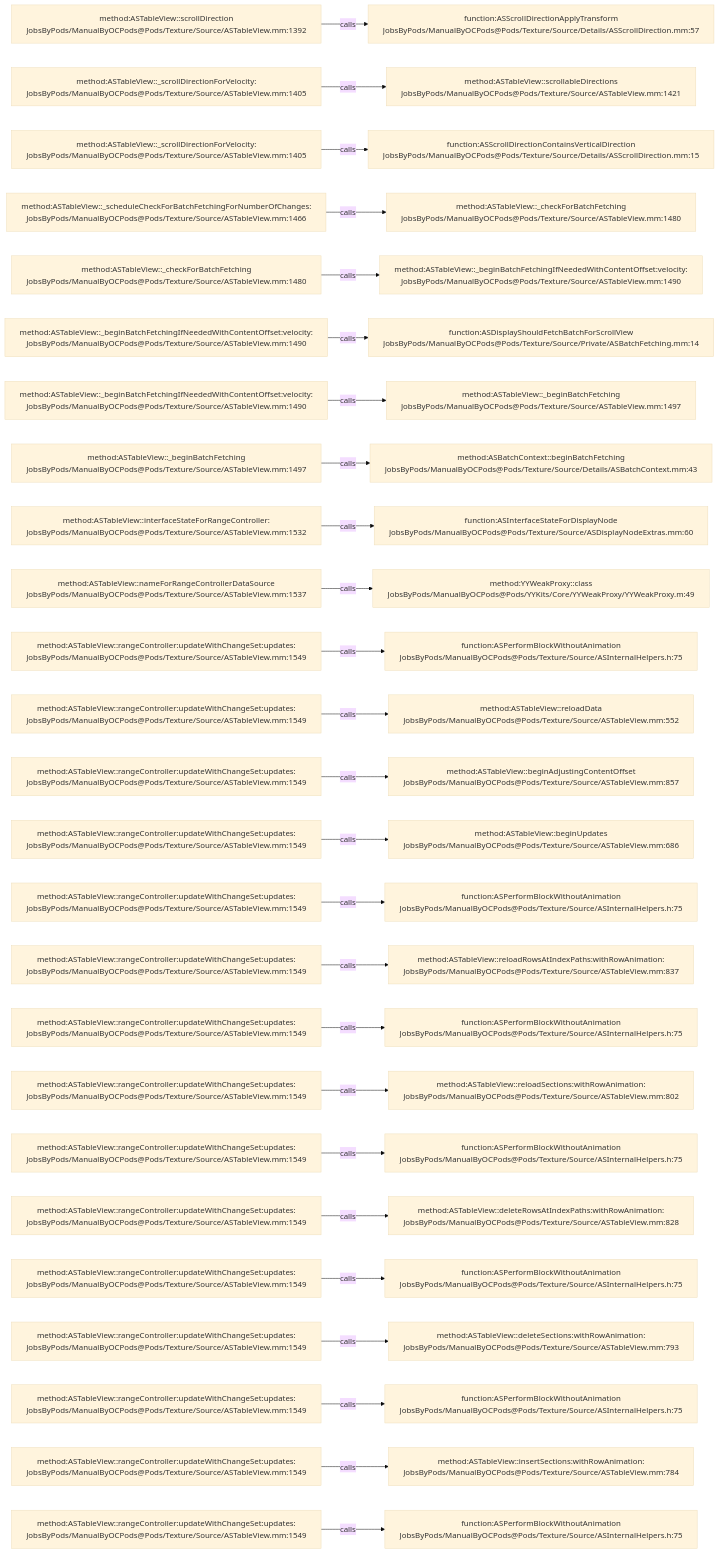
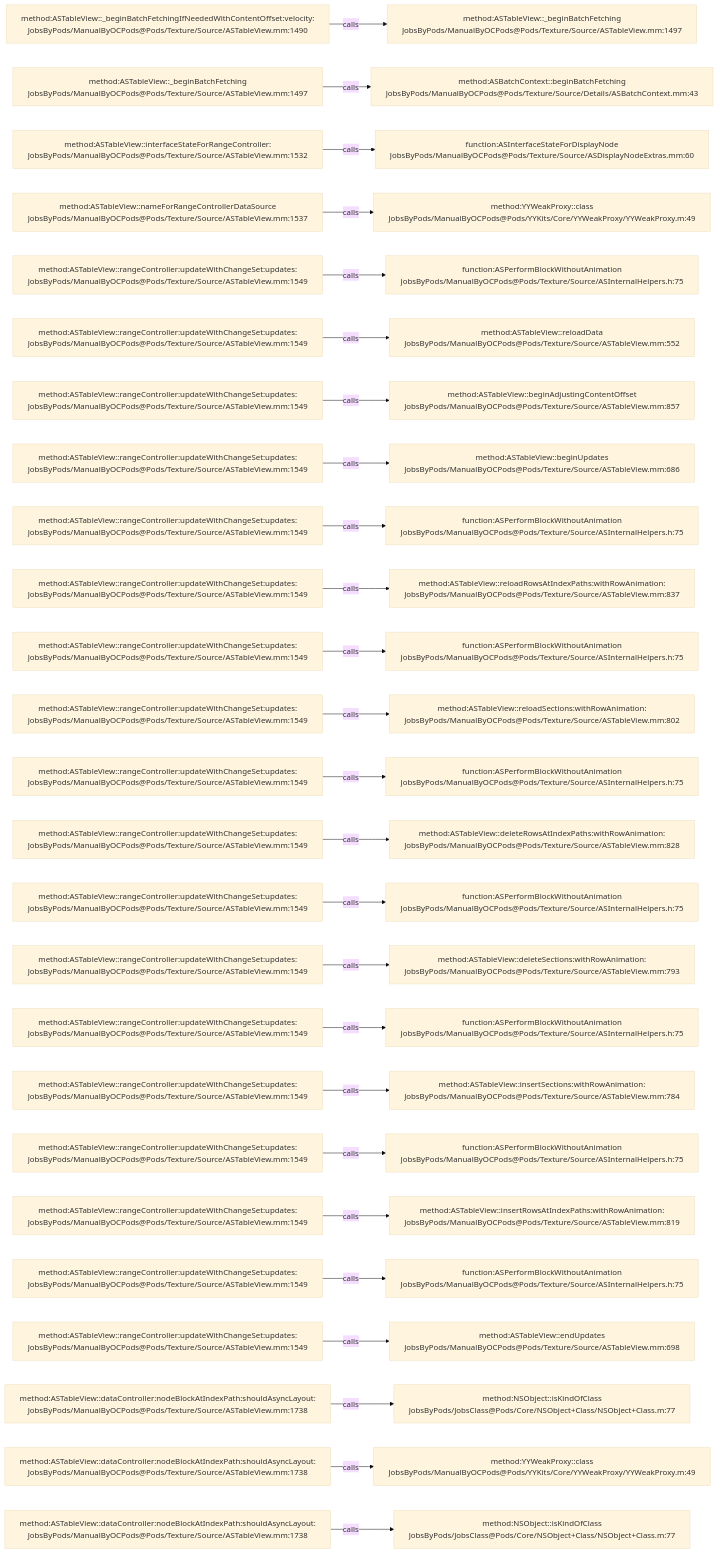
Before and after one commit to JobsKits/JobsOCBaseConfigDemo: the diagram in .codegraph/codegraph.md/graphs/calls-122.md, drawn with Mermaid (base theme). The commit also changed 666 other files, not shown here.

````diff
--- a/.codegraph/codegraph.md/graphs/calls-122.md
+++ b/.codegraph/codegraph.md/graphs/calls-122.md
@@ -13,78 +13,78 @@
 ```mermaid
 flowchart LR
-  S1["method:ASTableView::scrollDirection<br/>JobsByPods/ManualByOCPods@Pods/Texture/Source/ASTableView.mm:1392"]
-  T1["function:ASScrollDirectionApplyTransform<br/>JobsByPods/ManualByOCPods@Pods/Texture/Source/Details/ASScrollDirection.mm:57"]
+  S1["method:ASTableView::_beginBatchFetchingIfNeededWithContentOffset:velocity:<br/>JobsByPods/ManualByOCPods@Pods/Texture/Source/ASTableView.mm:1490"]
+  T1["method:ASTableView::_beginBatchFetching<br/>JobsByPods/ManualByOCPods@Pods/Texture/Source/ASTableView.mm:1497"]
   S1 -->|calls| T1
-  S2["method:ASTableView::_scrollDirectionForVelocity:<br/>JobsByPods/ManualByOCPods@Pods/Texture/Source/ASTableView.mm:1405"]
-  T2["method:ASTableView::scrollableDirections<br/>JobsByPods/ManualByOCPods@Pods/Texture/Source/ASTableView.mm:1421"]
+  S2["method:ASTableView::_beginBatchFetching<br/>JobsByPods/ManualByOCPods@Pods/Texture/Source/ASTableView.mm:1497"]
+  T2["method:ASBatchContext::beginBatchFetching<br/>JobsByPods/ManualByOCPods@Pods/Texture/Source/Details/ASBatchContext.mm:43"]
   S2 -->|calls| T2
-  S3["method:ASTableView::_scrollDirectionForVelocity:<br/>JobsByPods/ManualByOCPods@Pods/Texture/Source/ASTableView.mm:1405"]
-  T3["function:ASScrollDirectionContainsVerticalDirection<br/>JobsByPods/ManualByOCPods@Pods/Texture/Source/Details/ASScrollDirection.mm:15"]
+  S3["method:ASTableView::interfaceStateForRangeController:<br/>JobsByPods/ManualByOCPods@Pods/Texture/Source/ASTableView.mm:1532"]
+  T3["function:ASInterfaceStateForDisplayNode<br/>JobsByPods/ManualByOCPods@Pods/Texture/Source/ASDisplayNodeExtras.mm:60"]
   S3 -->|calls| T3
-  S4["method:ASTableView::_scheduleCheckForBatchFetchingForNumberOfChanges:<br/>JobsByPods/ManualByOCPods@Pods/Texture/Source/ASTableView.mm:1466"]
-  T4["method:ASTableView::_checkForBatchFetching<br/>JobsByPods/ManualByOCPods@Pods/Texture/Source/ASTableView.mm:1480"]
+  S4["method:ASTableView::nameForRangeControllerDataSource<br/>JobsByPods/ManualByOCPods@Pods/Texture/Source/ASTableView.mm:1537"]
+  T4["method:YYWeakProxy::class<br/>JobsByPods/ManualByOCPods@Pods/YYKits/Core/YYWeakProxy/YYWeakProxy.m:49"]
   S4 -->|calls| T4
-  S5["method:ASTableView::_checkForBatchFetching<br/>JobsByPods/ManualByOCPods@Pods/Texture/Source/ASTableView.mm:1480"]
-  T5["method:ASTableView::_beginBatchFetchingIfNeededWithContentOffset:velocity:<br/>JobsByPods/ManualByOCPods@Pods/Texture/Source/ASTableView.mm:1490"]
+  S5["method:ASTableView::rangeController:updateWithChangeSet:updates:<br/>JobsByPods/ManualByOCPods@Pods/Texture/Source/ASTableView.mm:1549"]
+  T5["function:ASPerformBlockWithoutAnimation<br/>JobsByPods/ManualByOCPods@Pods/Texture/Source/ASInternalHelpers.h:75"]
   S5 -->|calls| T5
-  S6["method:ASTableView::_beginBatchFetchingIfNeededWithContentOffset:velocity:<br/>JobsByPods/ManualByOCPods@Pods/Texture/Source/ASTableView.mm:1490"]
-  T6["function:ASDisplayShouldFetchBatchForScrollView<br/>JobsByPods/ManualByOCPods@Pods/Texture/Source/Private/ASBatchFetching.mm:14"]
+  S6["method:ASTableView::rangeController:updateWithChangeSet:updates:<br/>JobsByPods/ManualByOCPods@Pods/Texture/Source/ASTableView.mm:1549"]
+  T6["method:ASTableView::reloadData<br/>JobsByPods/ManualByOCPods@Pods/Texture/Source/ASTableView.mm:552"]
   S6 -->|calls| T6
-  S7["method:ASTableView::_beginBatchFetchingIfNeededWithContentOffset:velocity:<br/>JobsByPods/ManualByOCPods@Pods/Texture/Source/ASTableView.mm:1490"]
-  T7["method:ASTableView::_beginBatchFetching<br/>JobsByPods/ManualByOCPods@Pods/Texture/Source/ASTableView.mm:1497"]
+  S7["method:ASTableView::rangeController:updateWithChangeSet:updates:<br/>JobsByPods/ManualByOCPods@Pods/Texture/Source/ASTableView.mm:1549"]
+  T7["method:ASTableView::beginAdjustingContentOffset<br/>JobsByPods/ManualByOCPods@Pods/Texture/Source/ASTableView.mm:857"]
   S7 -->|calls| T7
-  S8["method:ASTableView::_beginBatchFetching<br/>JobsByPods/ManualByOCPods@Pods/Texture/Source/ASTableView.mm:1497"]
-  T8["method:ASBatchContext::beginBatchFetching<br/>JobsByPods/ManualByOCPods@Pods/Texture/Source/Details/ASBatchContext.mm:43"]
+  S8["method:ASTableView::rangeController:updateWithChangeSet:updates:<br/>JobsByPods/ManualByOCPods@Pods/Texture/Source/ASTableView.mm:1549"]
+  T8["method:ASTableView::beginUpdates<br/>JobsByPods/ManualByOCPods@Pods/Texture/Source/ASTableView.mm:686"]
   S8 -->|calls| T8
-  S9["method:ASTableView::interfaceStateForRangeController:<br/>JobsByPods/ManualByOCPods@Pods/Texture/Source/ASTableView.mm:1532"]
-  T9["function:ASInterfaceStateForDisplayNode<br/>JobsByPods/ManualByOCPods@Pods/Texture/Source/ASDisplayNodeExtras.mm:60"]
+  S9["method:ASTableView::rangeController:updateWithChangeSet:updates:<br/>JobsByPods/ManualByOCPods@Pods/Texture/Source/ASTableView.mm:1549"]
+  T9["function:ASPerformBlockWithoutAnimation<br/>JobsByPods/ManualByOCPods@Pods/Texture/Source/ASInternalHelpers.h:75"]
   S9 -->|calls| T9
-  S10["method:ASTableView::nameForRangeControllerDataSource<br/>JobsByPods/ManualByOCPods@Pods/Texture/Source/ASTableView.mm:1537"]
-  T10["method:YYWeakProxy::class<br/>JobsByPods/ManualByOCPods@Pods/YYKits/Core/YYWeakProxy/YYWeakProxy.m:49"]
+  S10["method:ASTableView::rangeController:updateWithChangeSet:updates:<br/>JobsByPods/ManualByOCPods@Pods/Texture/Source/ASTableView.mm:1549"]
+  T10["method:ASTableView::reloadRowsAtIndexPaths:withRowAnimation:<br/>JobsByPods/ManualByOCPods@Pods/Texture/Source/ASTableView.mm:837"]
   S10 -->|calls| T10
   S11["method:ASTableView::rangeController:updateWithChangeSet:updates:<br/>JobsByPods/ManualByOCPods@Pods/Texture/Source/ASTableView.mm:1549"]
   T11["function:ASPerformBlockWithoutAnimation<br/>JobsByPods/ManualByOCPods@Pods/Texture/Source/ASInternalHelpers.h:75"]
   S11 -->|calls| T11
   S12["method:ASTableView::rangeController:updateWithChangeSet:updates:<br/>JobsByPods/ManualByOCPods@Pods/Texture/Source/ASTableView.mm:1549"]
-  T12["method:ASTableView::reloadData<br/>JobsByPods/ManualByOCPods@Pods/Texture/Source/ASTableView.mm:552"]
+  T12["method:ASTableView::reloadSections:withRowAnimation:<br/>JobsByPods/ManualByOCPods@Pods/Texture/Source/ASTableView.mm:802"]
   S12 -->|calls| T12
   S13["method:ASTableView::rangeController:updateWithChangeSet:updates:<br/>JobsByPods/ManualByOCPods@Pods/Texture/Source/ASTableView.mm:1549"]
-  T13["method:ASTableView::beginAdjustingContentOffset<br/>JobsByPods/ManualByOCPods@Pods/Texture/Source/ASTableView.mm:857"]
+  T13["function:ASPerformBlockWithoutAnimation<br/>JobsByPods/ManualByOCPods@Pods/Texture/Source/ASInternalHelpers.h:75"]
   S13 -->|calls| T13
   S14["method:ASTableView::rangeController:updateWithChangeSet:updates:<br/>JobsByPods/ManualByOCPods@Pods/Texture/Source/ASTableView.mm:1549"]
-  T14["method:ASTableView::beginUpdates<br/>JobsByPods/ManualByOCPods@Pods/Texture/Source/ASTableView.mm:686"]
+  T14["method:ASTableView::deleteRowsAtIndexPaths:withRowAnimation:<br/>JobsByPods/ManualByOCPods@Pods/Texture/Source/ASTableView.mm:828"]
   S14 -->|calls| T14
   S15["method:ASTableView::rangeController:updateWithChangeSet:updates:<br/>JobsByPods/ManualByOCPods@Pods/Texture/Source/ASTableView.mm:1549"]
   T15["function:ASPerformBlockWithoutAnimation<br/>JobsByPods/ManualByOCPods@Pods/Texture/Source/ASInternalHelpers.h:75"]
   S15 -->|calls| T15
   S16["method:ASTableView::rangeController:updateWithChangeSet:updates:<br/>JobsByPods/ManualByOCPods@Pods/Texture/Source/ASTableView.mm:1549"]
-  T16["method:ASTableView::reloadRowsAtIndexPaths:withRowAnimation:<br/>JobsByPods/ManualByOCPods@Pods/Texture/Source/ASTableView.mm:837"]
+  T16["method:ASTableView::deleteSections:withRowAnimation:<br/>JobsByPods/ManualByOCPods@Pods/Texture/Source/ASTableView.mm:793"]
   S16 -->|calls| T16
   S17["method:ASTableView::rangeController:updateWithChangeSet:updates:<br/>JobsByPods/ManualByOCPods@Pods/Texture/Source/ASTableView.mm:1549"]
   T17["function:ASPerformBlockWithoutAnimation<br/>JobsByPods/ManualByOCPods@Pods/Texture/Source/ASInternalHelpers.h:75"]
   S17 -->|calls| T17
   S18["method:ASTableView::rangeController:updateWithChangeSet:updates:<br/>JobsByPods/ManualByOCPods@Pods/Texture/Source/ASTableView.mm:1549"]
-  T18["method:ASTableView::reloadSections:withRowAnimation:<br/>JobsByPods/ManualByOCPods@Pods/Texture/Source/ASTableView.mm:802"]
+  T18["method:ASTableView::insertSections:withRowAnimation:<br/>JobsByPods/ManualByOCPods@Pods/Texture/Source/ASTableView.mm:784"]
   S18 -->|calls| T18
   S19["method:ASTableView::rangeController:updateWithChangeSet:updates:<br/>JobsByPods/ManualByOCPods@Pods/Texture/Source/ASTableView.mm:1549"]
   T19["function:ASPerformBlockWithoutAnimation<br/>JobsByPods/ManualByOCPods@Pods/Texture/Source/ASInternalHelpers.h:75"]
   S19 -->|calls| T19
   S20["method:ASTableView::rangeController:updateWithChangeSet:updates:<br/>JobsByPods/ManualByOCPods@Pods/Texture/Source/ASTableView.mm:1549"]
-  T20["method:ASTableView::deleteRowsAtIndexPaths:withRowAnimation:<br/>JobsByPods/ManualByOCPods@Pods/Texture/Source/ASTableView.mm:828"]
+  T20["method:ASTableView::insertRowsAtIndexPaths:withRowAnimation:<br/>JobsByPods/ManualByOCPods@Pods/Texture/Source/ASTableView.mm:819"]
   S20 -->|calls| T20
   S21["method:ASTableView::rangeController:updateWithChangeSet:updates:<br/>JobsByPods/ManualByOCPods@Pods/Texture/Source/ASTableView.mm:1549"]
   T21["function:ASPerformBlockWithoutAnimation<br/>JobsByPods/ManualByOCPods@Pods/Texture/Source/ASInternalHelpers.h:75"]
   S21 -->|calls| T21
   S22["method:ASTableView::rangeController:updateWithChangeSet:updates:<br/>JobsByPods/ManualByOCPods@Pods/Texture/Source/ASTableView.mm:1549"]
-  T22["method:ASTableView::deleteSections:withRowAnimation:<br/>JobsByPods/ManualByOCPods@Pods/Texture/Source/ASTableView.mm:793"]
+  T22["method:ASTableView::endUpdates<br/>JobsByPods/ManualByOCPods@Pods/Texture/Source/ASTableView.mm:698"]
   S22 -->|calls| T22
-  S23["method:ASTableView::rangeController:updateWithChangeSet:updates:<br/>JobsByPods/ManualByOCPods@Pods/Texture/Source/ASTableView.mm:1549"]
-  T23["function:ASPerformBlockWithoutAnimation<br/>JobsByPods/ManualByOCPods@Pods/Texture/Source/ASInternalHelpers.h:75"]
+  S23["method:ASTableView::dataController:nodeBlockAtIndexPath:shouldAsyncLayout:<br/>JobsByPods/ManualByOCPods@Pods/Texture/Source/ASTableView.mm:1738"]
+  T23["method:NSObject::isKindOfClass<br/>JobsByPods/JobsClass@Pods/Core/NSObject+Class/NSObject+Class.m:77"]
   S23 -->|calls| T23
-  S24["method:ASTableView::rangeController:updateWithChangeSet:updates:<br/>JobsByPods/ManualByOCPods@Pods/Texture/Source/ASTableView.mm:1549"]
-  T24["method:ASTableView::insertSections:withRowAnimation:<br/>JobsByPods/ManualByOCPods@Pods/Texture/Source/ASTableView.mm:784"]
+  S24["method:ASTableView::dataController:nodeBlockAtIndexPath:shouldAsyncLayout:<br/>JobsByPods/ManualByOCPods@Pods/Texture/Source/ASTableView.mm:1738"]
+  T24["method:YYWeakProxy::class<br/>JobsByPods/ManualByOCPods@Pods/YYKits/Core/YYWeakProxy/YYWeakProxy.m:49"]
   S24 -->|calls| T24
-  S25["method:ASTableView::rangeController:updateWithChangeSet:updates:<br/>JobsByPods/ManualByOCPods@Pods/Texture/Source/ASTableView.mm:1549"]
-  T25["function:ASPerformBlockWithoutAnimation<br/>JobsByPods/ManualByOCPods@Pods/Texture/Source/ASInternalHelpers.h:75"]
+  S25["method:ASTableView::dataController:nodeBlockAtIndexPath:shouldAsyncLayout:<br/>JobsByPods/ManualByOCPods@Pods/Texture/Source/ASTableView.mm:1738"]
+  T25["method:NSObject::isKindOfClass<br/>JobsByPods/JobsClass@Pods/Core/NSObject+Class/NSObject+Class.m:77"]
   S25 -->|calls| T25
 ```
````
